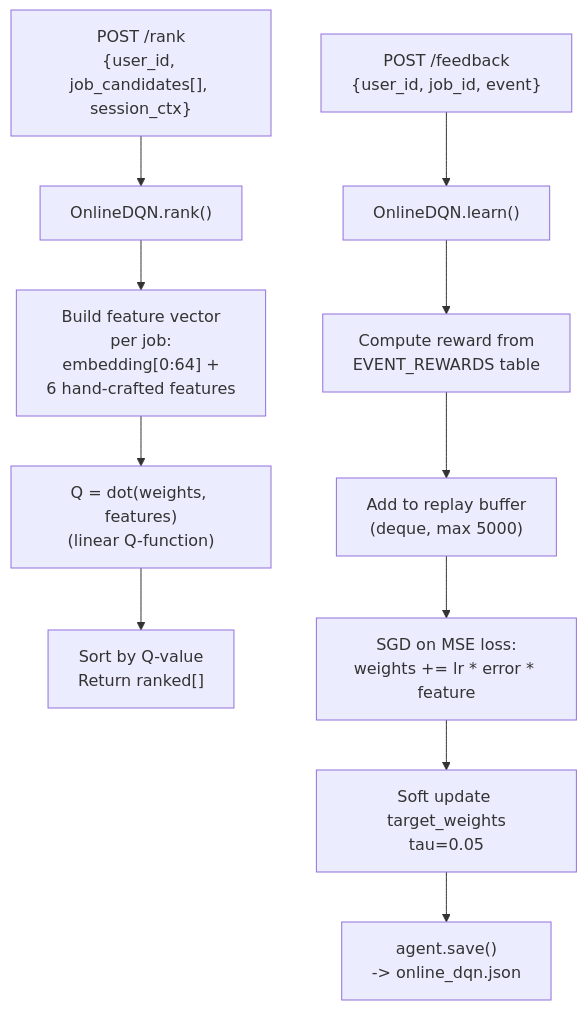
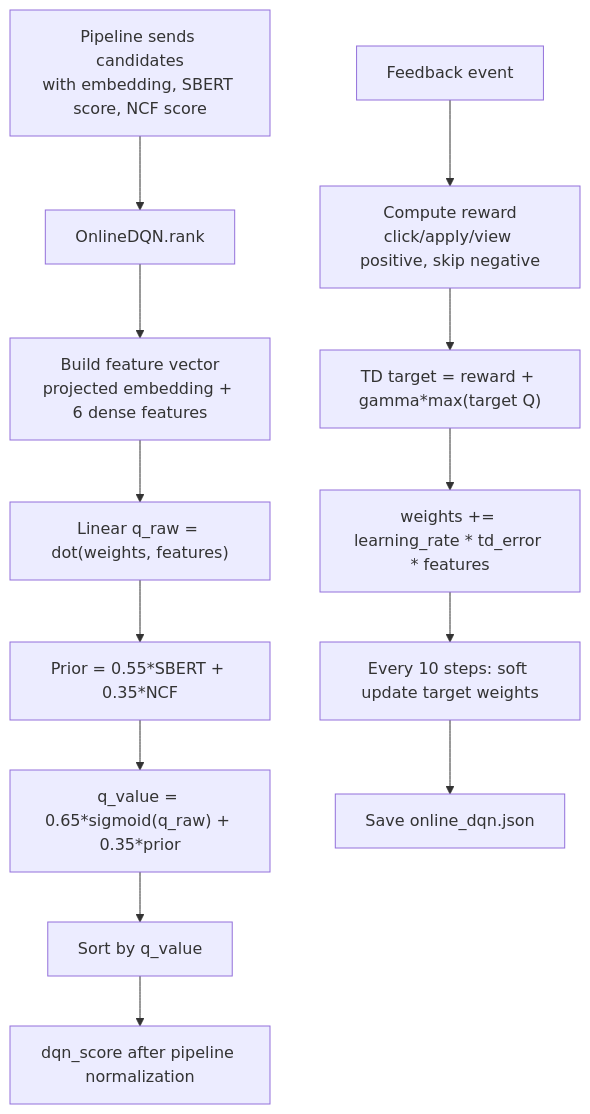
The eighth of 15 diagrams in diagram.md (zXmill/SCPA-job-advisor), drawn with Mermaid before and after one commit. The commit also changed other lines of this file and 1 other file, not shown here.

````diff
--- a/diagram.md
+++ b/diagram.md
@@ -524,14 +345,16 @@
 ```mermaid
 flowchart TD
-    A["POST /rank<br/>{user_id, job_candidates[], session_ctx}"] --> B["OnlineDQN.rank()"]
-    B --> C["Build feature vector<br/>per job:<br/>embedding[0:64] +<br/>6 hand-crafted features"]
-    C --> D["Q = dot(weights, features)<br/>(linear Q-function)"]
-    D --> E["Sort by Q-value<br/>Return ranked[]"]
+    A["Pipeline sends candidates<br/>with embedding, SBERT score, NCF score"] --> B["OnlineDQN.rank"]
+    B --> C["Build feature vector<br/>projected embedding + 6 dense features"]
+    C --> D["Linear q_raw = dot(weights, features)"]
+    D --> E["Prior = 0.55*SBERT + 0.35*NCF"]
+    E --> F["q_value = 0.65*sigmoid(q_raw) + 0.35*prior"]
+    F --> G["Sort by q_value"]
+    G --> H["dqn_score after pipeline normalization"]
 
-    F["POST /feedback<br/>{user_id, job_id, event}"] --> G["OnlineDQN.learn()"]
-    G --> H["Compute reward from<br/>EVENT_REWARDS table"]
-    H --> I["Add to replay buffer<br/>(deque, max 5000)"]
-    I --> J["SGD on MSE loss:<br/>weights += lr * error * feature"]
-    J --> K["Soft update target_weights<br/>tau=0.05"]
-    K --> L["agent.save()<br/>-> online_dqn.json"]
+    I["Feedback event"] --> J["Compute reward<br/>click/apply/view positive, skip negative"]
+    J --> K["TD target = reward + gamma*max(target Q)"]
+    K --> L["weights += learning_rate * td_error * features"]
+    L --> M["Every 10 steps: soft update target weights"]
+    M --> N["Save online_dqn.json"]
 ```
````
